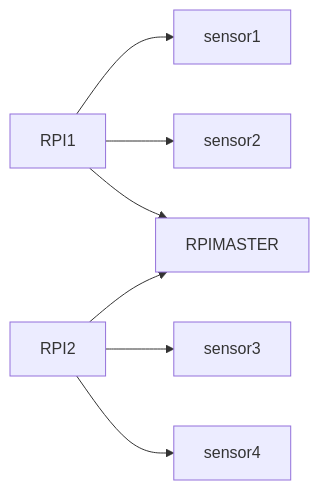
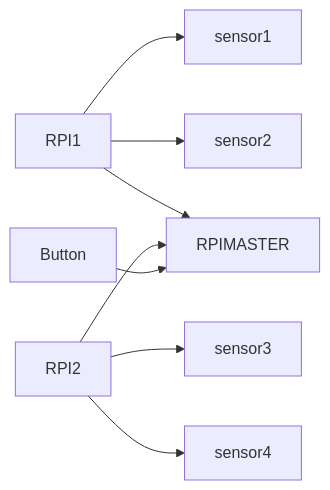
The diagram in README.md (timsjt/EGL314_TEAMB), drawn with Mermaid before and after one commit. The commit also changed other lines of this file, not shown here.

````diff
--- a/README.md
+++ b/README.md
@@ -17,11 +17,12 @@
 ```mermaid
 graph LR
 
 RPI1 --> sensor1
 RPI1 --> sensor2
 RPI2 --> sensor3
 RPI2 --> sensor4
 RPI1 --> RPIMASTER
 RPI2 --> RPIMASTER
+Button --> RPIMASTER
 
 ```
````
